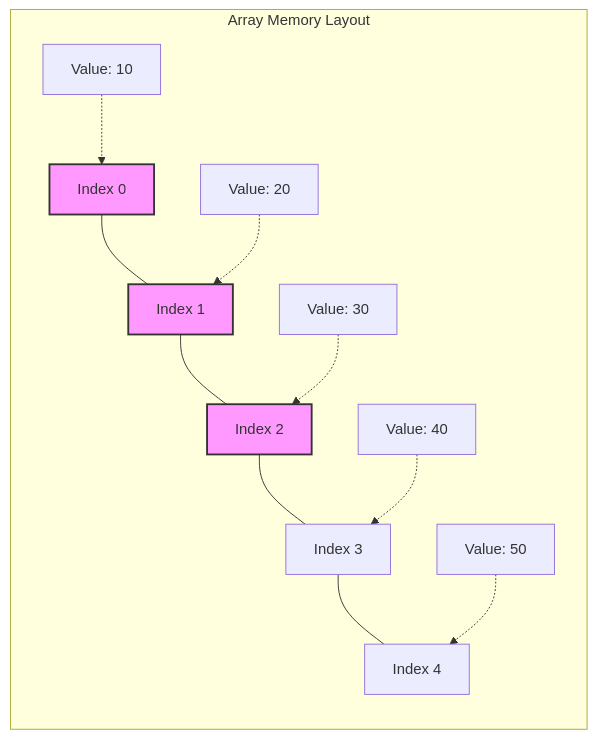
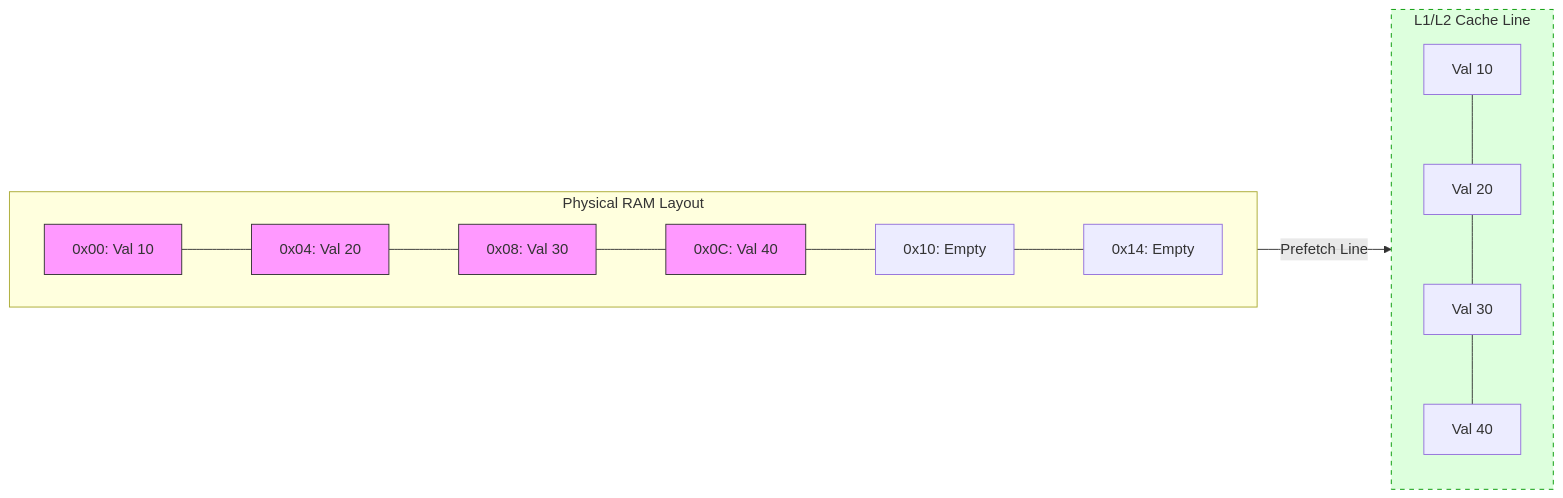
One commit to ajay99511/DSA_Pattern_Recognition changed the first of 4 diagrams in concepts/data_structures/arrays_and_hashing.md. Above: the diagram before and after it, drawn with Mermaid. The commit also changed other lines of this file and 12 other files, not shown here.

````diff
--- a/concepts/data_structures/arrays_and_hashing.md
+++ b/concepts/data_structures/arrays_and_hashing.md
@@ -9,14 +8,20 @@
 ```mermaid
 graph LR
-    subgraph Array Memory Layout
-    A[Index 0] --- B[Index 1] --- C[Index 2] --- D[Index 3] --- E[Index 4]
-    val0[Value: 10] -.-> A
-    val1[Value: 20] -.-> B
-    val2[Value: 30] -.-> C
-    val3[Value: 40] -.-> D
-    val4[Value: 50] -.-> E
+    subgraph RAM [Physical RAM Layout]
+    direction LR
+    M1[0x00: Val 10] --- M2[0x04: Val 20] --- M3[0x08: Val 30] --- M4[0x0C: Val 40]
+    M4 --- M5[0x10: Empty] --- M6[0x14: Empty]
     end
-    style A fill:#f9f,stroke:#333,stroke-width:2px
-    style B fill:#f9f,stroke:#333,stroke-width:2px
-    style C fill:#f9f,stroke:#333,stroke-width:2px
+    
+    subgraph CPU_Cache [L1/L2 Cache Line]
+    C1[Val 10] --- C2[Val 20] --- C3[Val 30] --- C4[Val 40]
+    end
+    
+    RAM -- "Prefetch Line" --> CPU_Cache
+    
+    style M1 fill:#f9f,stroke:#333
+    style M2 fill:#f9f,stroke:#333
+    style M3 fill:#f9f,stroke:#333
+    style M4 fill:#f9f,stroke:#333
+    style CPU_Cache fill:#dfd,stroke:#090,stroke-dasharray: 5 5
 ```
````
